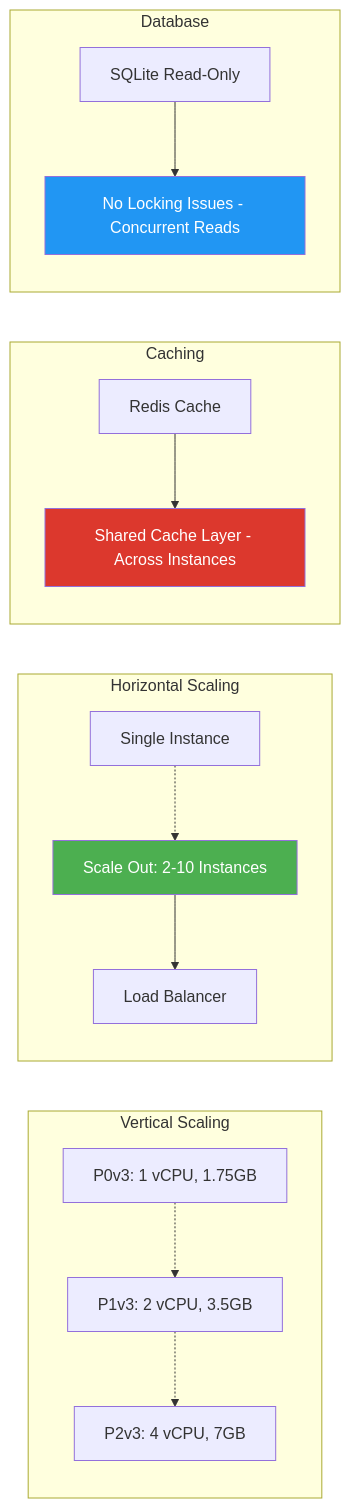
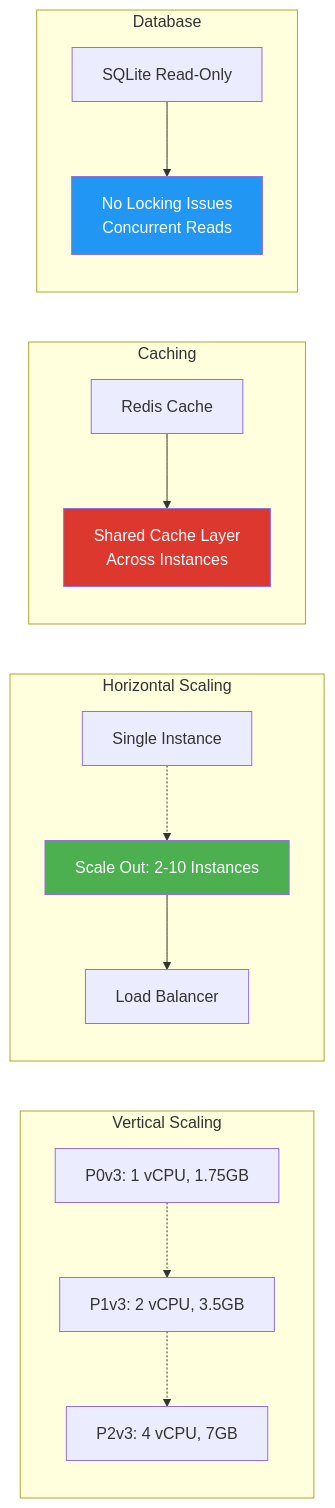
Before and after one commit to tfranczyk/d365fo-mcp-server: diagram 18 of 20 in docs/ARCHITECTURE.md, drawn with Mermaid. The commit also changed other lines of this file, not shown here.

Commit message:
architecture.md diagram fix

````diff
--- a/docs/ARCHITECTURE.md
+++ b/docs/ARCHITECTURE.md
@@ -972,24 +972,24 @@
 ```mermaid
 graph LR
     subgraph "Vertical Scaling"
         V1[P0v3: 1 vCPU, 1.75GB] -.-> V2[P1v3: 2 vCPU, 3.5GB]
         V2 -.-> V3[P2v3: 4 vCPU, 7GB]
     end
 
     subgraph "Horizontal Scaling"
         H1[Single Instance] -.-> H2[Scale Out: 2-10 Instances]
         H2 --> LB[Load Balancer]
     end
 
     subgraph "Caching"
-        C1[Redis Cache] --> C2[Shared Cache Layer - Across Instances]
+        C1[Redis Cache] --> C2[Shared Cache Layer\n Across Instances]
     end
 
     subgraph "Database"
-        D1[SQLite Read-Only] --> D2[No Locking Issues - Concurrent Reads]
+        D1[SQLite Read-Only] --> D2[No Locking Issues\n Concurrent Reads]
     end
     
     style H2 fill:#4CAF50,color:#fff
     style C2 fill:#DC382D,color:#fff
     style D2 fill:#2196F3,color:#fff
 ```
````
